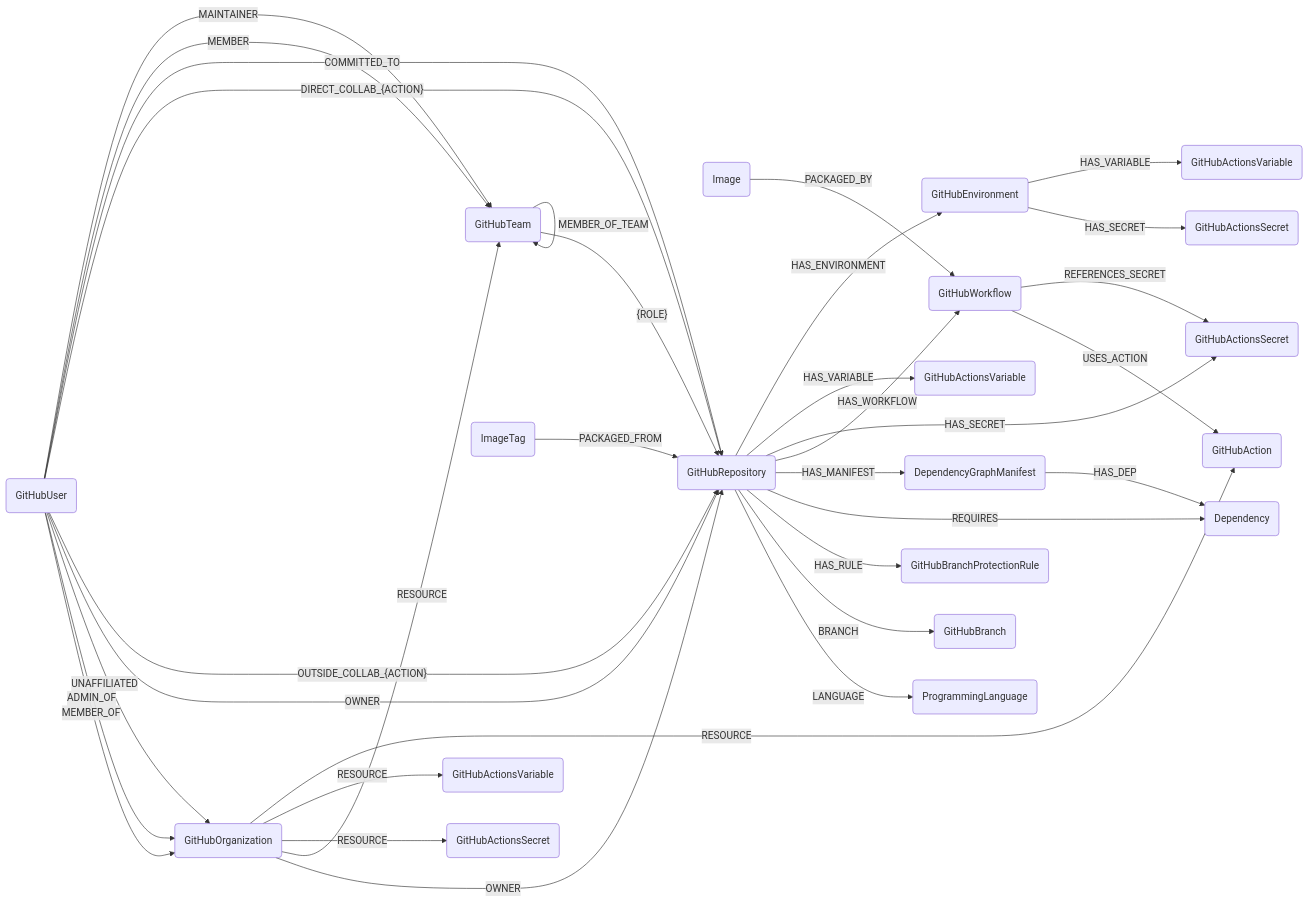
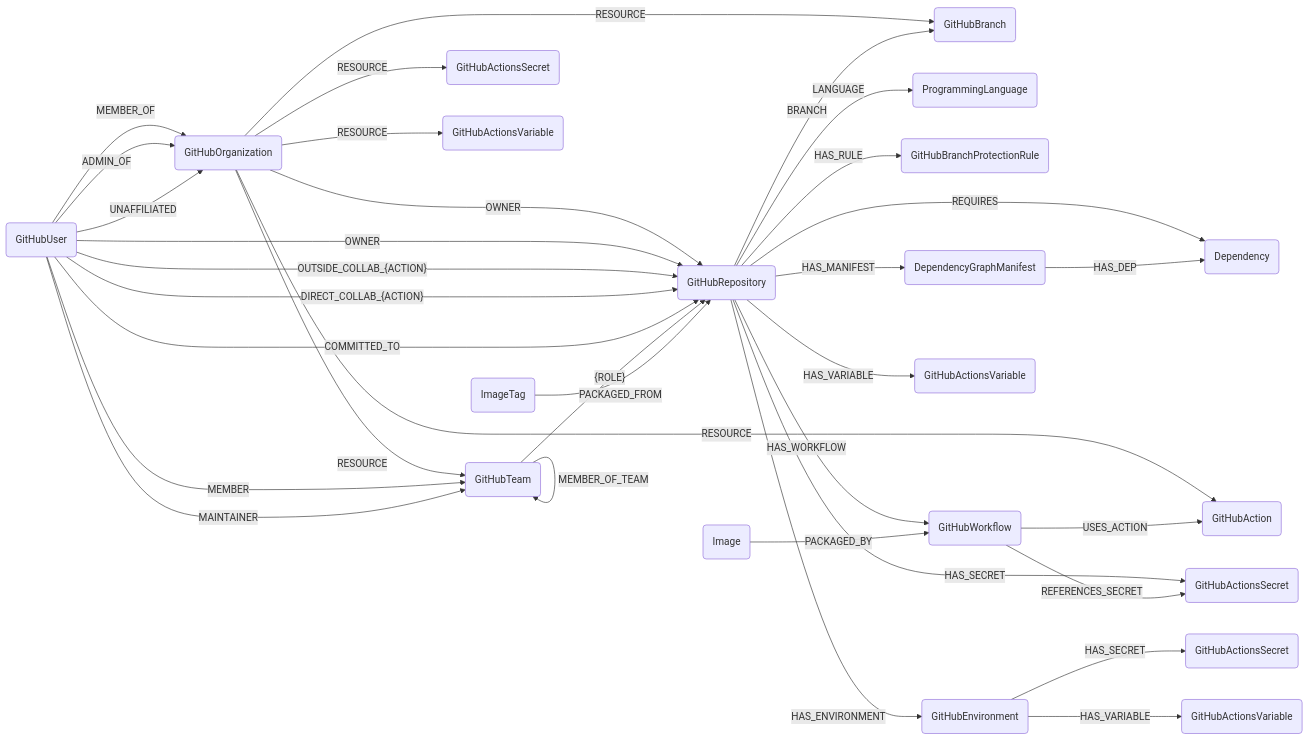
The diagram in docs/root/modules/github/schema.md (sec-js/cartography), drawn with Mermaid before and after one commit. The commit also changed other lines of this file and 4 other files, not shown here.

````diff
--- a/docs/root/modules/github/schema.md
+++ b/docs/root/modules/github/schema.md
@@ -3,36 +3,37 @@
 ```mermaid
 graph LR
 
 O(GitHubOrganization) -- OWNER --> R(GitHubRepository)
+O -- RESOURCE --> B(GitHubBranch)
 O -- RESOURCE --> T(GitHubTeam)
 O -- RESOURCE --> OS(GitHubActionsSecret)
 O -- RESOURCE --> OV(GitHubActionsVariable)
 O -- RESOURCE --> A(GitHubAction)
 U(GitHubUser) -- MEMBER_OF --> O
 U -- ADMIN_OF --> O
 U -- UNAFFILIATED --> O
 U -- OWNER --> R
 U -- OUTSIDE_COLLAB_{ACTION} --> R
 U -- DIRECT_COLLAB_{ACTION} --> R
 U -- COMMITTED_TO --> R
 R -- LANGUAGE --> L(ProgrammingLanguage)
 R -- BRANCH --> B(GitHubBranch)
 R -- HAS_RULE --> BPR(GitHubBranchProtectionRule)
 R -- REQUIRES --> D(Dependency)
 R -- HAS_MANIFEST --> M(DependencyGraphManifest)
 R -- HAS_WORKFLOW --> W(GitHubWorkflow)
 R -- HAS_SECRET --> RS(GitHubActionsSecret)
 R -- HAS_VARIABLE --> RV(GitHubActionsVariable)
 R -- HAS_ENVIRONMENT --> E(GitHubEnvironment)
 W -- USES_ACTION --> A(GitHubAction)
 W -- REFERENCES_SECRET --> RS
 E -- HAS_SECRET --> ES(GitHubActionsSecret)
 E -- HAS_VARIABLE --> EV(GitHubActionsVariable)
 M -- HAS_DEP --> D
 T -- {ROLE} --> R
 T -- MEMBER_OF_TEAM --> T
 U -- MEMBER --> T
 U -- MAINTAINER --> T
 IT(ImageTag) -- PACKAGED_FROM --> R
 I(Image) -- PACKAGED_BY --> W
 ```
````
